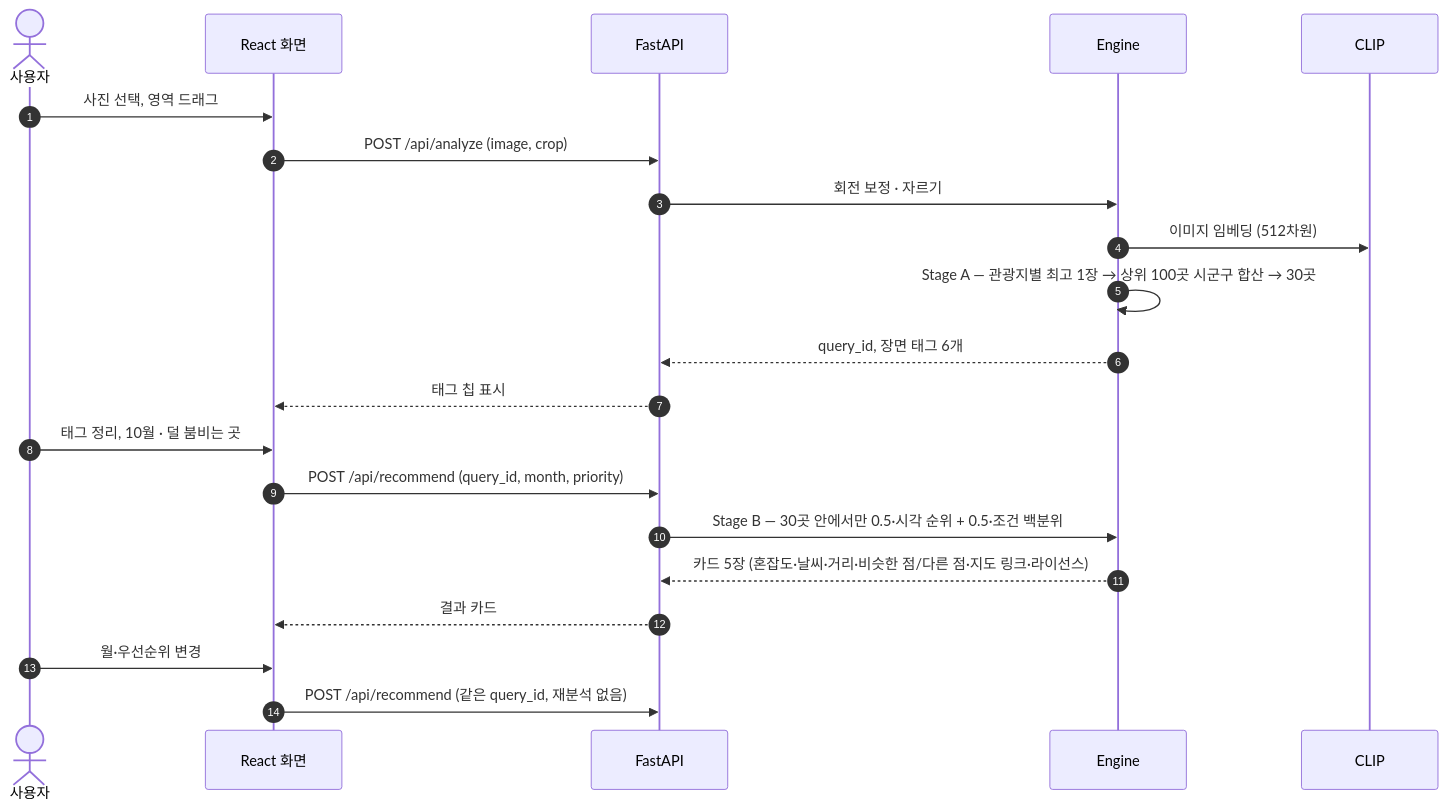
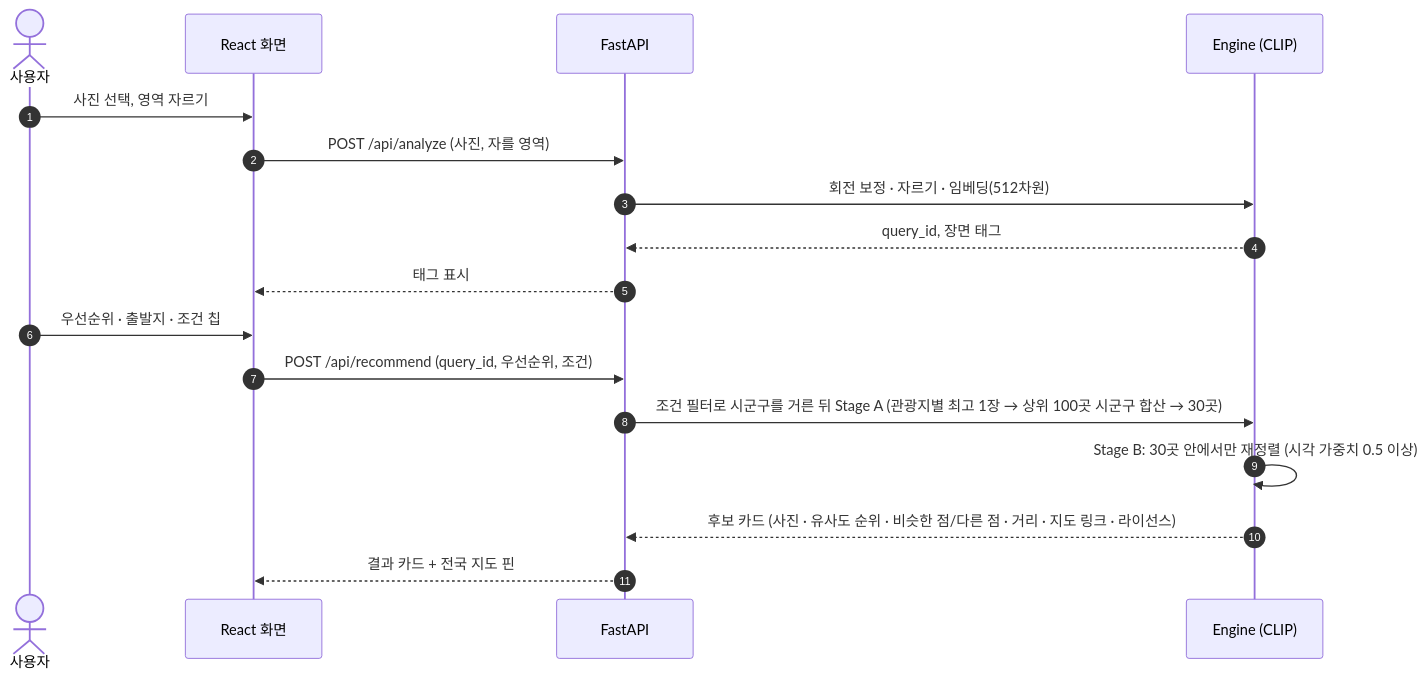
Before and after one commit to pihet/abroad-to-korea: the third of 4 diagrams in docs/ARCHITECTURE.md, drawn with Mermaid. The commit also changed other lines of this file and 1 other file, not shown here.

````diff
--- a/docs/ARCHITECTURE.md
+++ b/docs/ARCHITECTURE.md
@@ -82,24 +61,20 @@
 ```mermaid
 sequenceDiagram
   autonumber
   actor U as 사용자
   participant W as React 화면
   participant A as FastAPI
-  participant E as Engine
-  participant C as CLIP
+  participant E as Engine (CLIP)
 
-  U->>W: 사진 선택, 영역 드래그
-  W->>A: POST /api/analyze (image, crop)
-  A->>E: 회전 보정 · 자르기
-  E->>C: 이미지 임베딩 (512차원)
-  E->>E: Stage A — 관광지별 최고 1장 → 상위 100곳 시군구 합산 → 30곳
-  E-->>A: query_id, 장면 태그 6개
-  A-->>W: 태그 칩 표시
-  U->>W: 태그 정리, 10월 · 덜 붐비는 곳
-  W->>A: POST /api/recommend (query_id, month, priority)
-  A->>E: Stage B — 30곳 안에서만 0.5·시각 순위 + 0.5·조건 백분위
-  E-->>A: 카드 5장 (혼잡도·날씨·거리·비슷한 점/다른 점·지도 링크·라이선스)
-  A-->>W: 결과 카드
-  U->>W: 월·우선순위 변경
-  W->>A: POST /api/recommend (같은 query_id, 재분석 없음)
+  U->>W: 사진 선택, 영역 자르기
+  W->>A: POST /api/analyze (사진, 자를 영역)
+  A->>E: 회전 보정 · 자르기 · 임베딩(512차원)
+  E-->>A: query_id, 장면 태그
+  A-->>W: 태그 표시
+  U->>W: 우선순위 · 출발지 · 조건 칩
+  W->>A: POST /api/recommend (query_id, 우선순위, 조건)
+  A->>E: 조건 필터로 시군구를 거른 뒤 Stage A (관광지별 최고 1장 → 상위 100곳 시군구 합산 → 30곳)
+  E->>E: Stage B: 30곳 안에서만 재정렬 (시각 가중치 0.5 이상)
+  E-->>A: 후보 카드 (사진 · 유사도 순위 · 비슷한 점/다른 점 · 거리 · 지도 링크 · 라이선스)
+  A-->>W: 결과 카드 + 전국 지도 핀
 ```
````
